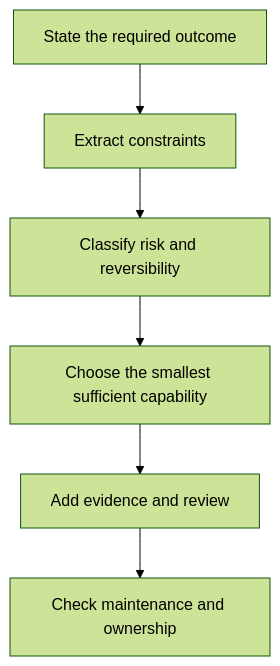
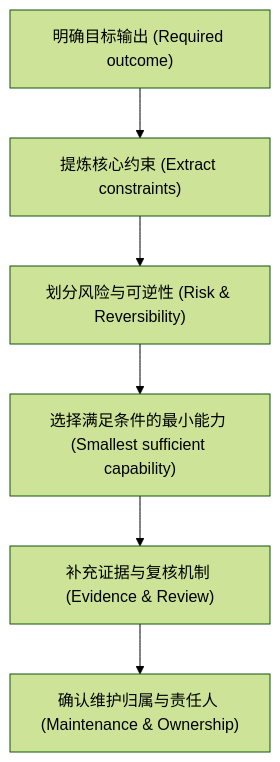
Before and after one commit to cluster1900/ai-engineering-from-scratch-zh: the diagram in certifications/claude/lessons/00-certification-strategy/docs/en.md, drawn with Mermaid (forest theme). The commit also changed other lines of this file and 187 other files, not shown here.

````diff
--- a/certifications/claude/lessons/00-certification-strategy/docs/en.md
+++ b/certifications/claude/lessons/00-certification-strategy/docs/en.md
@@ -70,8 +70,8 @@
 ```mermaid
 flowchart TD
-    A["State the required outcome"] --> B["Extract constraints"]
-    B --> C["Classify risk and reversibility"]
-    C --> D["Choose the smallest sufficient capability"]
-    D --> E["Add evidence and review"]
-    E --> F["Check maintenance and ownership"]
+    A["明确目标输出 (Required outcome)"] --> B["提炼核心约束 (Extract constraints)"]
+    B --> C["划分风险与可逆性 (Risk & Reversibility)"]
+    C --> D["选择满足条件的最小能力 (Smallest sufficient capability)"]
+    D --> E["补充证据与复核机制 (Evidence & Review)"]
+    E --> F["确认维护归属与责任人 (Maintenance & Ownership)"]
 ```
````
